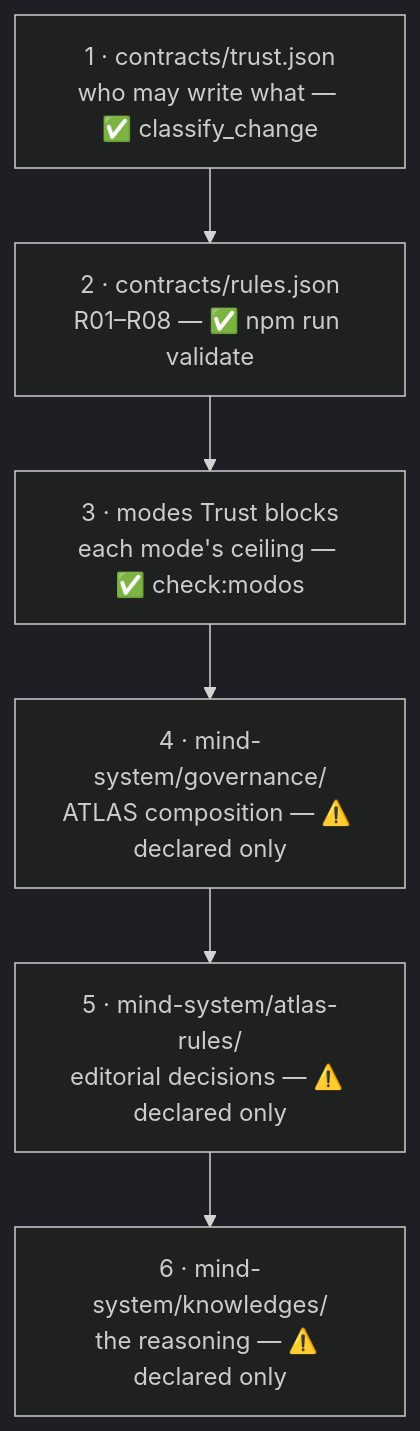
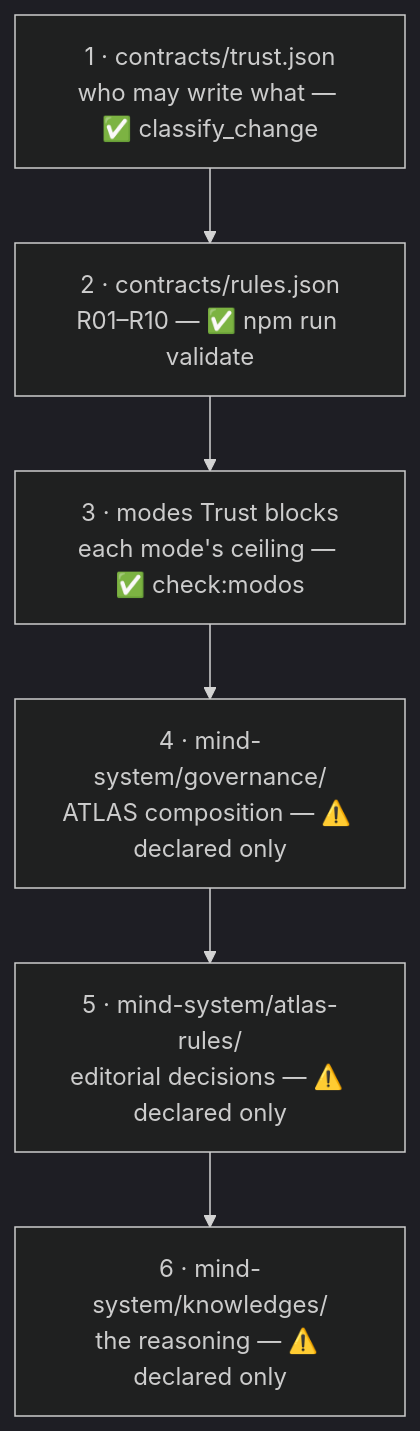
Before and after one commit to Pizarradas/syx: the second of 6 diagrams in _agents/architecture.md, drawn with Mermaid (dark theme). The commit also changed other lines of this file and 11 other files, not shown here.

````diff
--- a/_agents/architecture.md
+++ b/_agents/architecture.md
@@ -83,10 +83,10 @@
 ```mermaid
 flowchart TB
     R1["1 · contracts/trust.json<br/>who may write what — ✅ classify_change"]
-    R2["2 · contracts/rules.json<br/>R01–R08 — ✅ npm run validate"]
+    R2["2 · contracts/rules.json<br/>R01–R10 — ✅ npm run validate"]
     R3["3 · modes Trust blocks<br/>each mode's ceiling — ✅ check:modos"]
     R4["4 · mind-system/governance/<br/>ATLAS composition — ⚠️ declared only"]
     R5["5 · mind-system/atlas-rules/<br/>editorial decisions — ⚠️ declared only"]
     R6["6 · mind-system/knowledges/<br/>the reasoning — ⚠️ declared only"]
     R1 --> R2 --> R3 --> R4 --> R5 --> R6
 ```
````
